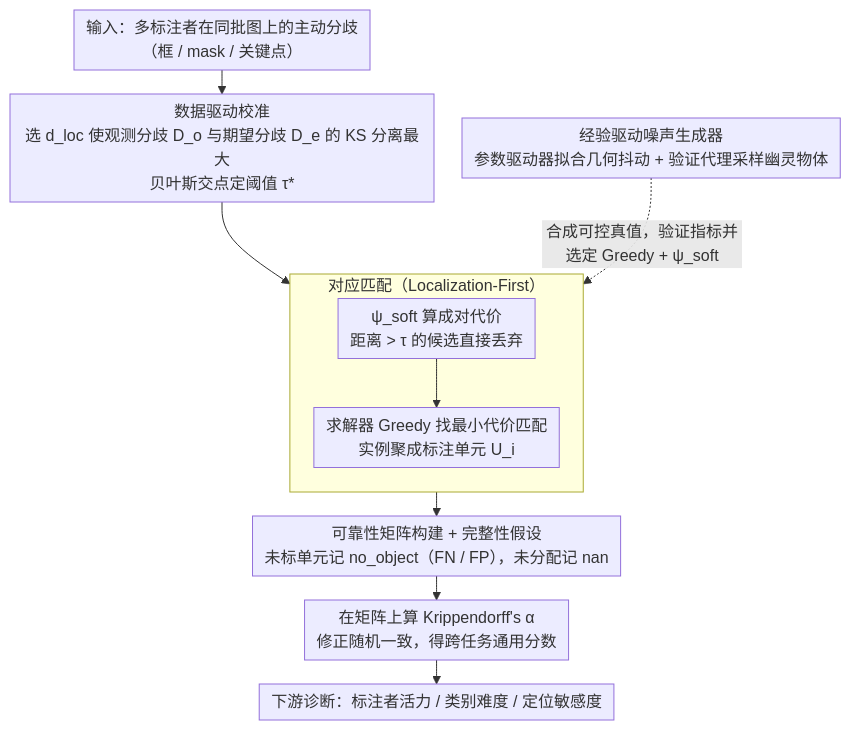
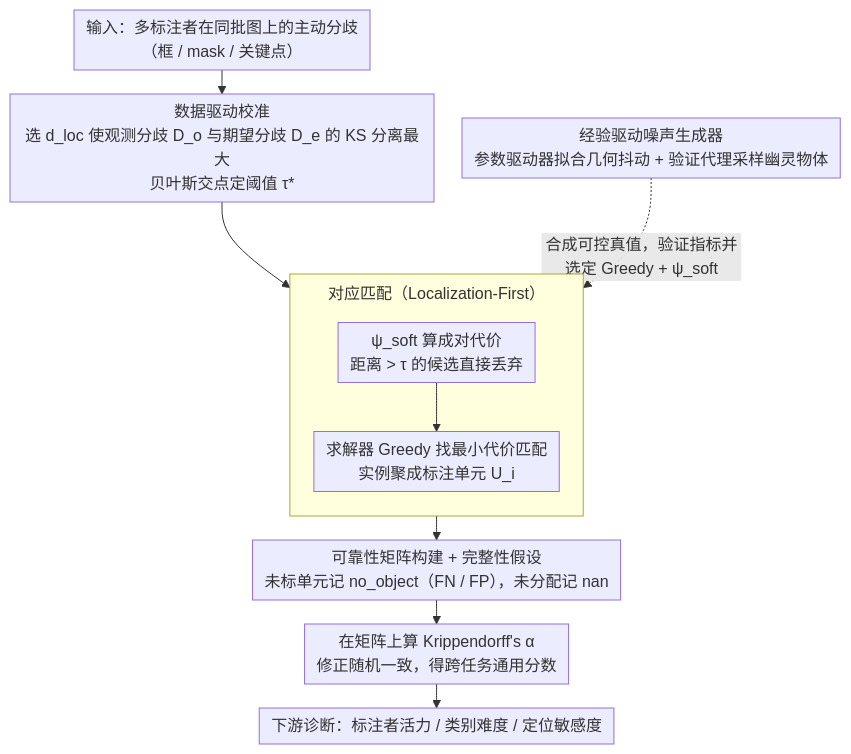
One commit to M0rtzz/Paper-Notes changed the diagram in docs/CVPR2026/segmentation/kαlos_finds_consensus_a_meta-algorithm_for_evaluating_inter-annotator_agreement_.md. Above: the diagram before and after it, drawn with Mermaid. The commit also changed 516 other files, not shown here.

````diff
--- a/docs/CVPR2026/segmentation/kαlos_finds_consensus_a_meta-algorithm_for_evaluating_inter-annotator_agreement_.md
+++ b/docs/CVPR2026/segmentation/kαlos_finds_consensus_a_meta-algorithm_for_evaluating_inter-annotator_agreement_.md
@@ -47,14 +47,14 @@
 ```mermaid
-%%{init: {'flowchart': {'rankSpacing': 24, 'nodeSpacing': 28, 'padding': 6, 'wrappingWidth': 400}}}%%
+%%{init: {'flowchart': {'rankSpacing': 24, 'nodeSpacing': 28, 'padding': 6, 'wrappingWidth': 400, 'subGraphTitleMargin': {'top': 8, 'bottom': 16}}}}%%
 flowchart TD
     A["输入：多标注者在同批图上的主动分歧<br/>（框 / mask / 关键点）"] --> B["数据驱动校准<br/>选 d_loc 使观测分歧 D_o 与期望分歧 D_e 的 KS 分离最大<br/>贝叶斯交点定阈值 τ*"]
     subgraph EXE["对应匹配（Localization-First）"]
         direction TB
         C["ψ_soft 算成对代价<br/>距离 > τ 的候选直接丢弃"] --> D["求解器 Greedy 找最小代价匹配<br/>实例聚成标注单元 U_i"]
     end
     B --> C
     D --> E["可靠性矩阵构建 + 完整性假设<br/>未标单元记 no_object（FN / FP），未分配记 nan"]
     E --> F["在矩阵上算 Krippendorff's α<br/>修正随机一致，得跨任务通用分数"]
     F --> G["下游诊断：标注者活力 / 类别难度 / 定位敏感度"]
     H["经验驱动噪声生成器<br/>参数驱动器拟合几何抖动 + 验证代理采样幽灵物体"] -.->|合成可控真值，验证指标并选定 Greedy + ψ_soft| EXE
 ```
````
